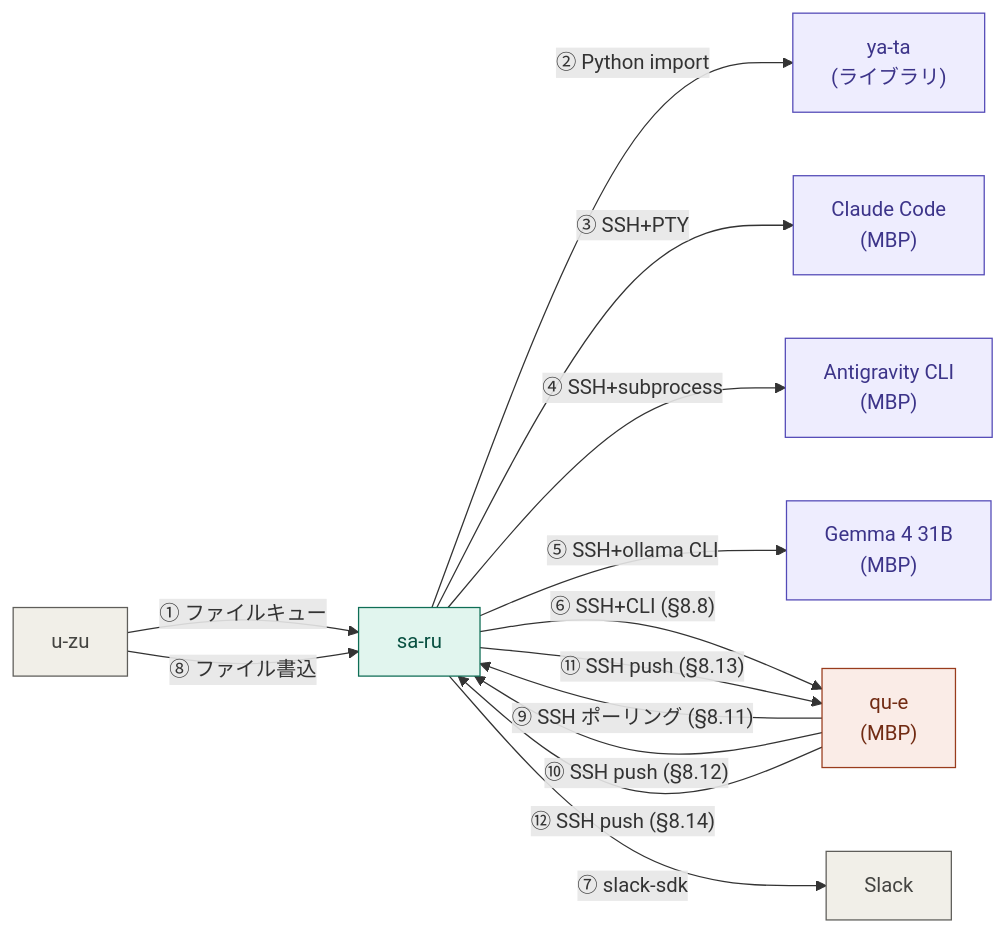
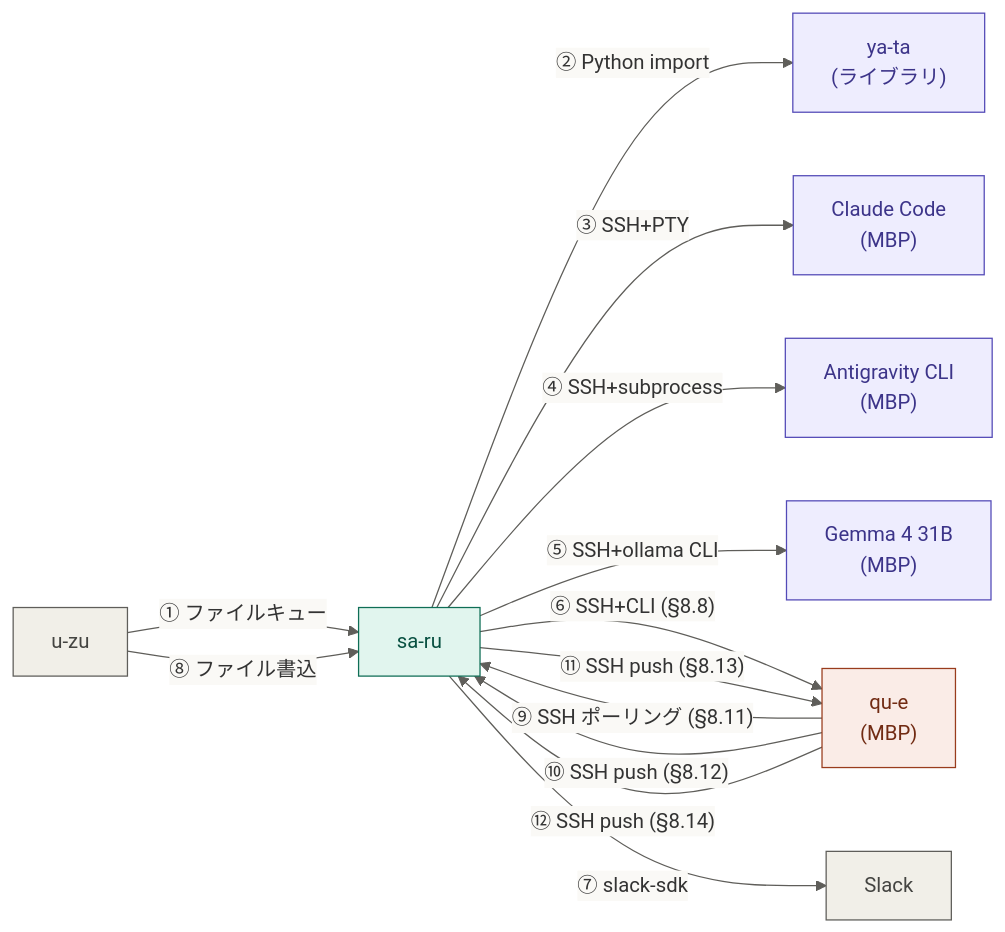
The third of 4 diagrams in docs/design/design-development-system.md (denkaishitsu/taka-ma), drawn with Mermaid before and after one commit. The commit also changed other lines of this file and 75 other files, not shown here.

````diff
--- a/docs/design/design-development-system.md
+++ b/docs/design/design-development-system.md
@@ -710,37 +752,38 @@
 ```mermaid
+%%{init: {'theme':'base', 'themeVariables': {'background':'#FAF9F6','lineColor':'#5F5E5A','edgeLabelBackground':'#FAF9F6'}}}%%
 flowchart LR
     %% Node ID 凡例:
     %%   SB = u-zu / OC = orchestrator (sa-ru) / GW = Gateway (ya-ta = ai_gateway)
     %%   CC = Claude Code / GM = Gemini / QW = Gemma 4 31B
     %%   SN = Sentinel (qu-e) / SK = Slack
     SB["u-zu"]
     OC["sa-ru"]
     GW["ya-ta\n(ライブラリ)"]
     CC["Claude Code\n(MBP)"]
     GM["Antigravity CLI\n(MBP)"]
     QW["Gemma 4 31B\n(MBP)"]
     SN["qu-e\n(MBP)"]
     SK["Slack"]
 
     SB -->|"① ファイルキュー"| OC
     OC -->|"② Python import"| GW
     OC -->|"③ SSH+PTY"| CC
     OC -->|"④ SSH+subprocess"| GM
     OC -->|"⑤ SSH+ollama CLI"| QW
     OC -->|"⑥ SSH+CLI (§8.8)"| SN
     OC -->|"⑦ slack-sdk"| SK
     SB -->|"⑧ ファイル書込"| OC
     SN -->|"⑨ SSH ポーリング (§8.11)"| OC
     SN -->|"⑩ SSH push (§8.12)"| OC
     OC -->|"⑪ SSH push (§8.13)"| SN
     SN -->|"⑫ SSH push (§8.14)"| OC
 
     style SB fill:#F1EFE8,stroke:#5F5E5A,color:#444441
     style OC fill:#E1F5EE,stroke:#0F6E56,color:#085041
     style GW fill:#EEEDFE,stroke:#534AB7,color:#3C3489
     style CC fill:#EEEDFE,stroke:#534AB7,color:#3C3489
     style GM fill:#EEEDFE,stroke:#534AB7,color:#3C3489
     style QW fill:#EEEDFE,stroke:#534AB7,color:#3C3489
     style SN fill:#FAECE7,stroke:#993C1D,color:#712B13
     style SK fill:#F1EFE8,stroke:#5F5E5A,color:#444441
 ```
````
